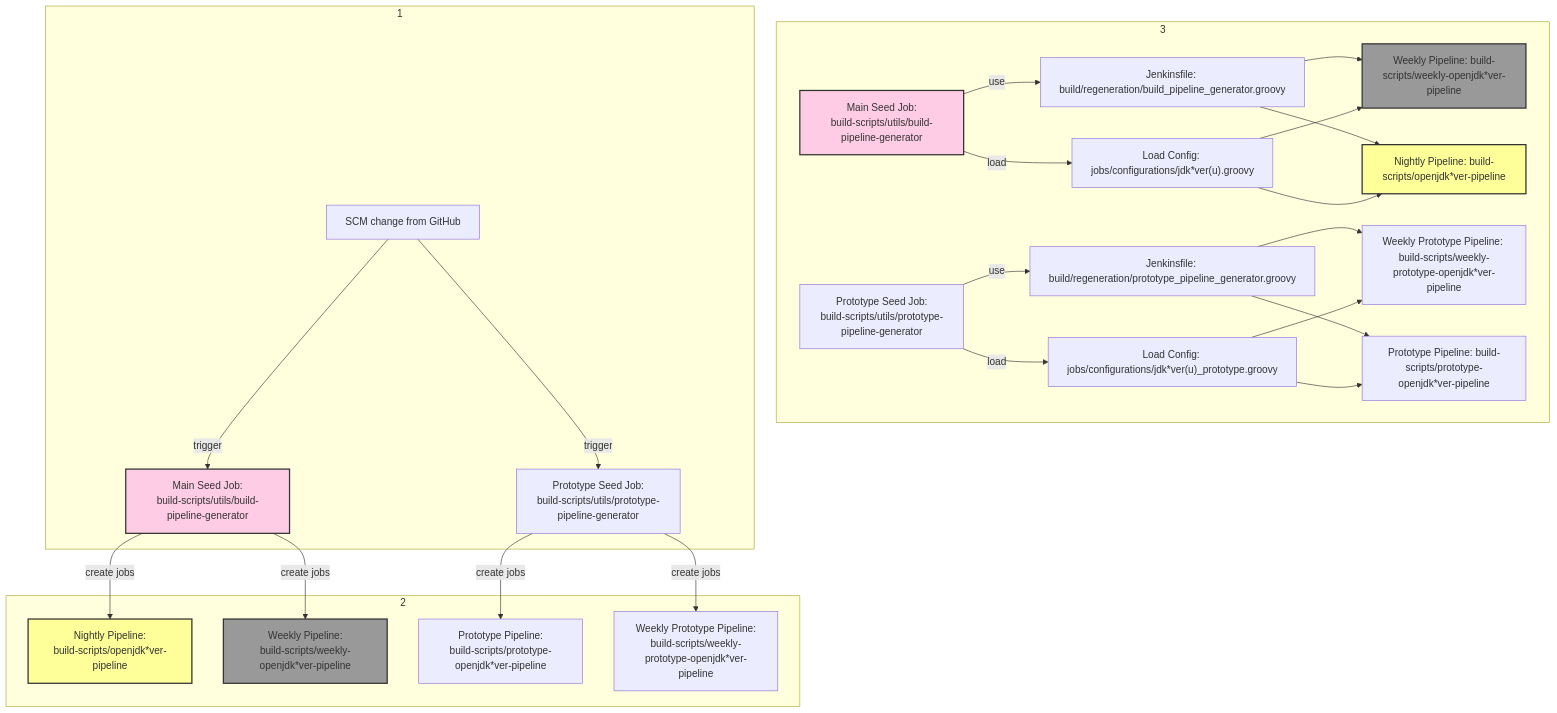
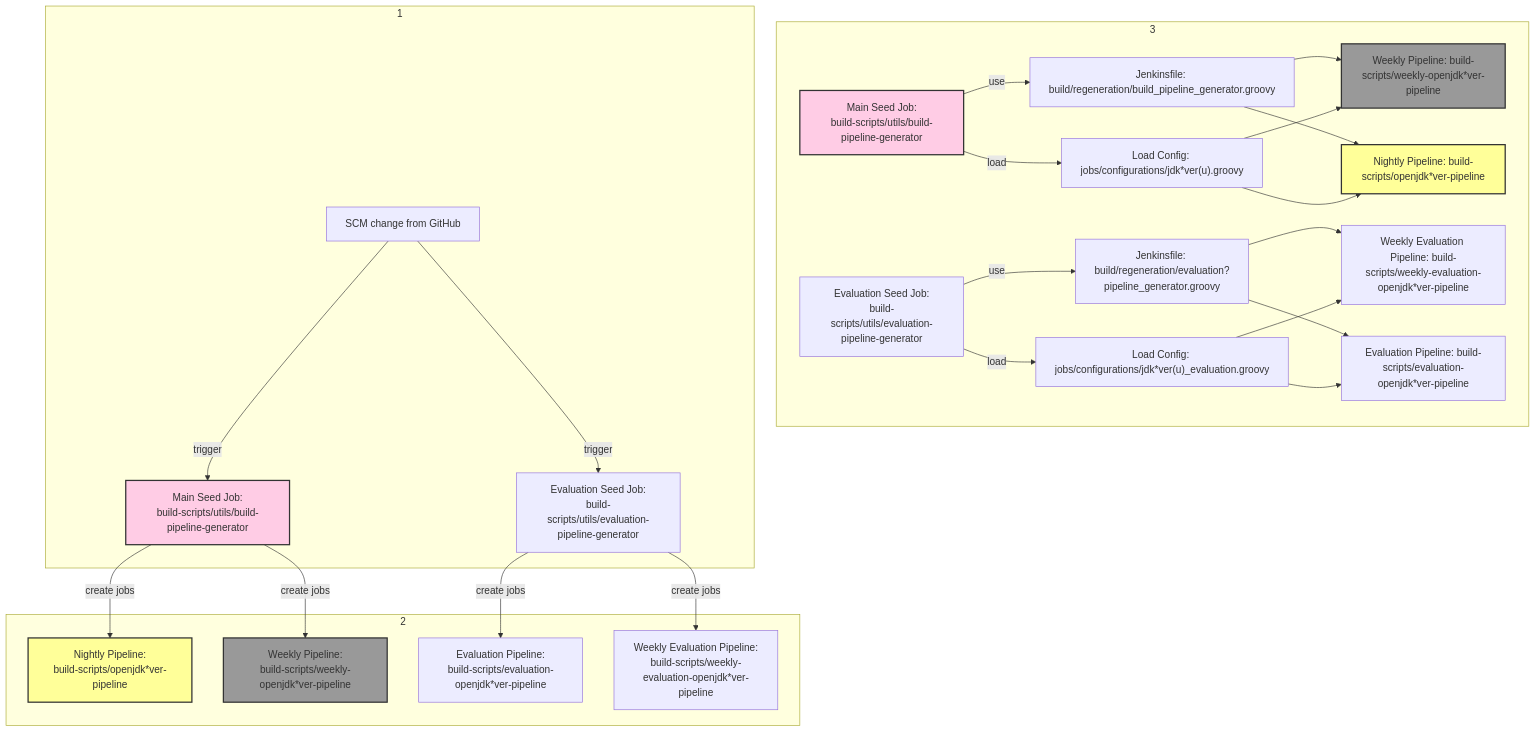
One commit to adoptium/ci-jenkins-pipelines changed the third of 10 diagrams in docs/diagram.md. Above: the diagram before and after it, drawn with Mermaid. The commit also changed other lines of this file and 3 other files, not shown here.

Commit message:
docs: update from prototype to evaluation

````diff
--- a/docs/diagram.md
+++ b/docs/diagram.md
@@ -57,45 +57,45 @@
 ```mermaid
 
 flowchart
 
 subgraph 1
 
 Trigger[SCM change from GitHub] --trigger--> Seed21["Main Seed Job:\nbuild-scripts/utils/build-pipeline-generator"]
-Trigger --trigger--> Seed22["Prototype Seed Job:\nbuild-scripts/utils/prototype-pipeline-generator"]
+Trigger --trigger--> Seed22["Evaluation Seed Job:\nbuild-scripts/utils/evaluation-pipeline-generator"]
 
 end
 
 subgraph 2
 
 Seed21 --create jobs--> Pipelinen1["Nightly Pipeline:\nbuild-scripts/openjdk*ver-pipeline"]
 Seed21 --create jobs--> Pipelinew1["Weekly Pipeline:\nbuild-scripts/weekly-openjdk*ver-pipeline"]
 
-Seed22 --create jobs--> Pipelinenp1["Prototype Pipeline:\nbuild-scripts/prototype-openjdk*ver-pipeline"]
-Seed22 --create jobs--> Pipelinewp1["Weekly Prototype Pipeline:\nbuild-scripts/weekly-prototype-openjdk*ver-pipeline"]
+Seed22 --create jobs--> Pipelinenp1["Evaluation Pipeline:\nbuild-scripts/evaluation-openjdk*ver-pipeline"]
+Seed22 --create jobs--> Pipelinewp1["Weekly Evaluation Pipeline:\nbuild-scripts/weekly-evaluation-openjdk*ver-pipeline"]
 
 end
 
 subgraph 3
 
 Seed1["Main Seed Job:\nbuild-scripts/utils/build-pipeline-generator"] --use--> Call1["Jenkinsfile: build/regeneration/build_pipeline_generator.groovy"]
 
 Seed1--load--> Load1["Load Config: jobs/configurations/jdk*ver(u).groovy"]
 
 Call1 & Load1--> Pipelinew["Weekly Pipeline: build-scripts/weekly-openjdk*ver-pipeline"] & Pipelinen["Nightly Pipeline: build-scripts/openjdk*ver-pipeline"]
 
-Seed2["Prototype Seed Job:\nbuild-scripts/utils/prototype-pipeline-generator"] --use--> Call2["Jenkinsfile: build/regeneration/prototype_pipeline_generator.groovy"]
+Seed2["Evaluation Seed Job:\nbuild-scripts/utils/evaluation-pipeline-generator"] --use--> Call2["Jenkinsfile: build/regeneration/evaluation?pipeline_generator.groovy"]
 
-Seed2--load--> Load2["Load Config: jobs/configurations/jdk*ver(u)_prototype.groovy"]
+Seed2--load--> Load2["Load Config: jobs/configurations/jdk*ver(u)_evaluation.groovy"]
 
-Call2 & Load2--> Pipelinew2["Weekly Prototype Pipeline: build-scripts/weekly-prototype-openjdk*ver-pipeline"] & Pipelinen2["Prototype Pipeline: build-scripts/prototype-openjdk*ver-pipeline"]
+Call2 & Load2--> Pipelinew2["Weekly Evaluation Pipeline: build-scripts/weekly-evaluation-openjdk*ver-pipeline"] & Pipelinen2["Evaluation Pipeline: build-scripts/evaluation-openjdk*ver-pipeline"]
 
 end
 
 classDef red fill:#ffcce5,stroke:#333,stroke-width:2px
 classDef yellow fill:#ffff99,stroke:#333,stroke-width:2px
 classDef grey fill:#999999,stroke:#333,stroke-width:2px
 class Seed1,Seed21 red
 class Pipelinen1,Pipelinen yellow
 class Pipelinew1,Pipelinew grey
 
 ```
````
